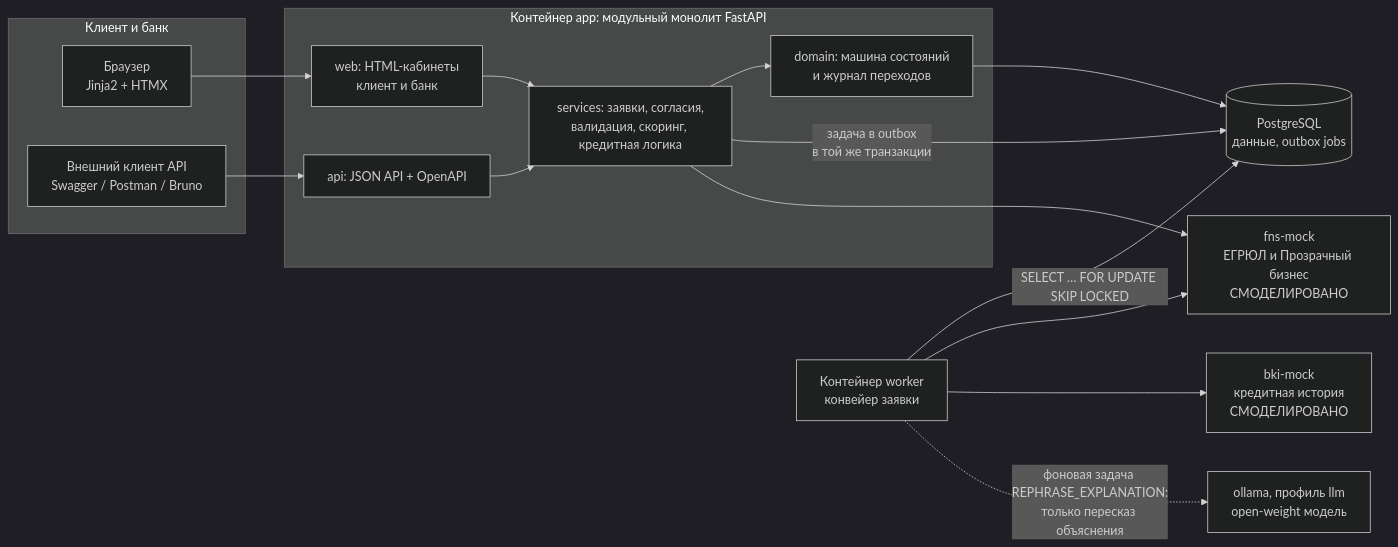
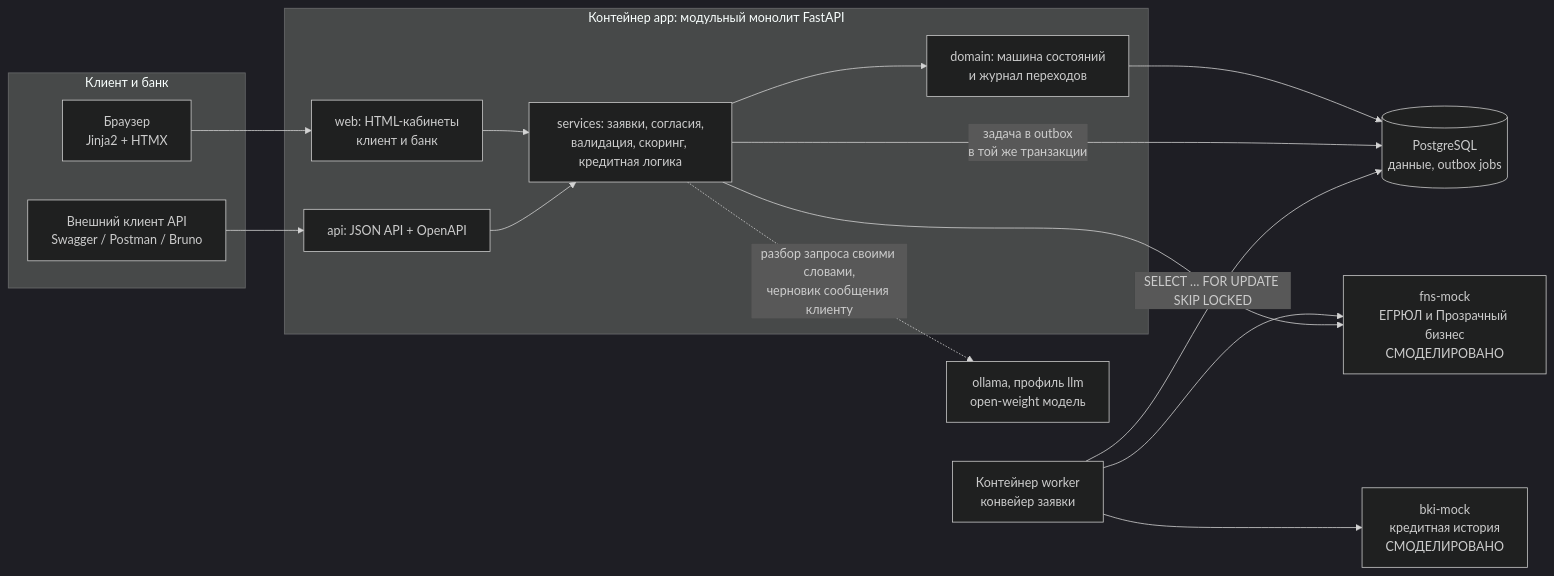
The first of 4 diagrams in docs/architecture.md (AndreY-ru/kreditnyi-kabinet), drawn with Mermaid (dark theme) before and after one commit. The commit also changed other lines of this file and 8 other files, not shown here.

````diff
--- a/docs/architecture.md
+++ b/docs/architecture.md
@@ -5,28 +5,28 @@
 ```mermaid
 flowchart LR
     subgraph Клиент и банк
         B[Браузер<br/>Jinja2 + HTMX]
         API[Внешний клиент API<br/>Swagger / Postman / Bruno]
     end
     subgraph app [Контейнер app: модульный монолит FastAPI]
         WEB[web: HTML-кабинеты<br/>клиент и банк]
         REST[api: JSON API + OpenAPI]
         SVC[services: заявки, согласия,<br/>валидация, скоринг, кредитная логика]
         SM[domain: машина состояний<br/>и журнал переходов]
     end
     W[Контейнер worker<br/>конвейер заявки]
     DB[(PostgreSQL<br/>данные, outbox jobs)]
     FNS[fns-mock<br/>ЕГРЮЛ и Прозрачный бизнес<br/>СМОДЕЛИРОВАНО]
     BKI[bki-mock<br/>кредитная история<br/>СМОДЕЛИРОВАНО]
     LLM[ollama, профиль llm<br/>open-weight модель]
 
     B --> WEB --> SVC
     API --> REST --> SVC
     SVC --> SM --> DB
     SVC -- "задача в outbox<br/>в той же транзакции" --> DB
     W -- "SELECT … FOR UPDATE SKIP LOCKED" --> DB
     W --> FNS
     W --> BKI
-    W -. "фоновая задача REPHRASE_EXPLANATION:<br/>только пересказ объяснения" .-> LLM
+    SVC -. "разбор запроса своими словами,<br/>черновик сообщения клиенту" .-> LLM
     SVC --> FNS
 ```
````
